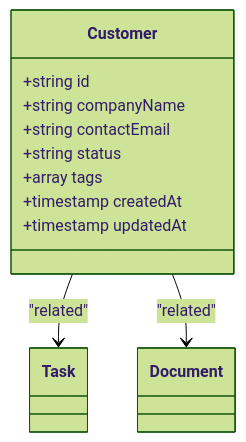
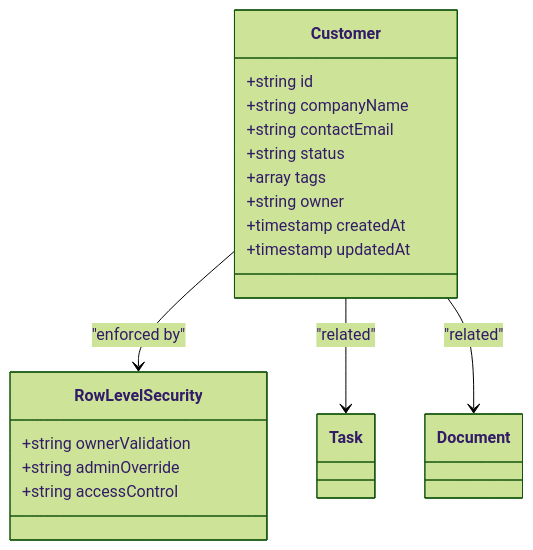
The fourth of 10 diagrams in .qoder/repowiki/en/content/Database Schema.md (ngothanhtung/claude-code-shadcn-dashboard), drawn with Mermaid (forest theme) before and after one commit. The commit also changed other lines of this file and 165 other files, not shown here.

First line of the commit message:
feat(security): enhance Firestore rules with comprehensive row-level security

````diff
--- a/.qoder/repowiki/en/content/Database Schema.md
+++ b/.qoder/repowiki/en/content/Database Schema.md
@@ -168,14 +187,21 @@
 ```mermaid
 classDiagram
 class Customer {
 +string id
 +string companyName
 +string contactEmail
 +string status
 +array tags
++string owner
 +timestamp createdAt
 +timestamp updatedAt
 }
+class RowLevelSecurity {
++string ownerValidation
++string adminOverride
++string accessControl
+}
+Customer --> RowLevelSecurity : "enforced by"
 Customer --> Task : "related"
 Customer --> Document : "related"
 ```
````
